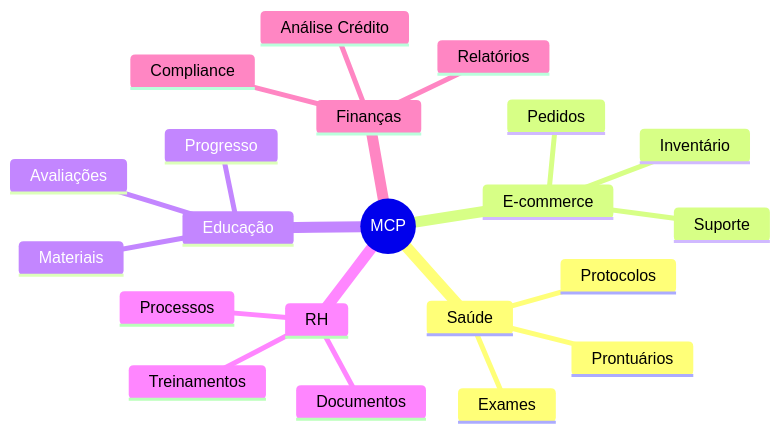
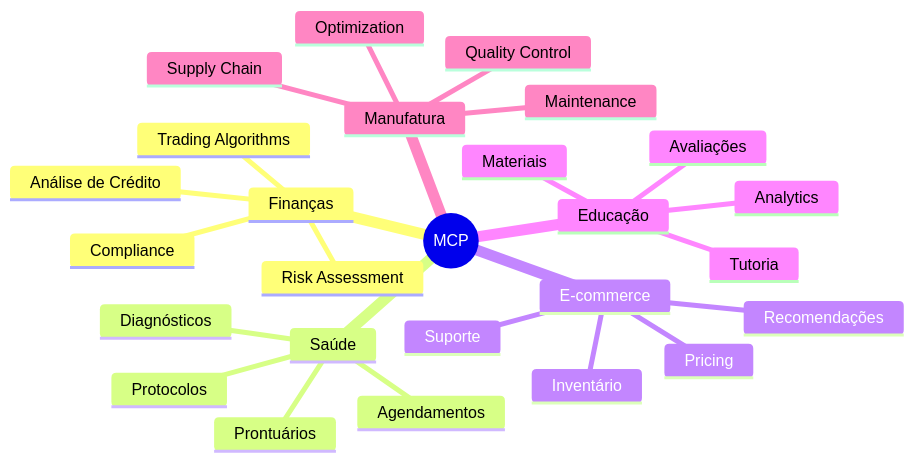
Diagram 18 of 26 in AI/Comunicação/MCP/00-mcp-presentation-zero to hero.md (felipepimentel/my-public-notes), drawn with Mermaid before and after one commit. The commit also changed other lines of this file, not shown here.

````diff
--- a/AI/Comunicação/MCP/00-mcp-presentation-zero to hero.md
+++ b/AI/Comunicação/MCP/00-mcp-presentation-zero to hero.md
@@ -259,24 +617,29 @@
 ```mermaid
 mindmap
   root((MCP))
+    Finanças
+      Análise de Crédito
+      Compliance
+      Trading Algorithms
+      Risk Assessment
     Saúde
       Prontuários
-      Exames
+      Diagnósticos
       Protocolos
+      Agendamentos
     E-commerce
       Inventário
-      Pedidos
+      Recomendações
       Suporte
+      Pricing
     Educação
       Materiais
       Avaliações
-      Progresso
-    RH
-      Documentos
-      Processos
-      Treinamentos
-    Finanças
-      Análise Crédito
-      Compliance
-      Relatórios
+      Tutoria
+      Analytics
+    Manufatura
+      Supply Chain
+      Quality Control
+      Maintenance
+      Optimization
 ```
````
